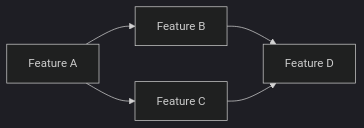
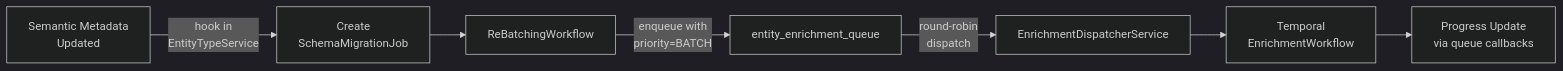
One commit to rmr-studio/riven changed the fourth of 6 diagrams in docs/system-design/feature-design/_Sub-Domain Plans/Knowledge Layer.md. Above: the diagram before and after it, drawn with Mermaid (dark theme). The commit also changed other lines of this file and 9 other files, not shown here.

````diff
--- a/docs/system-design/feature-design/_Sub-Domain Plans/Knowledge Layer.md
+++ b/docs/system-design/feature-design/_Sub-Domain Plans/Knowledge Layer.md
@@ -140,7 +174,9 @@
 ```mermaid
-graph LR
-    A[Feature A] --> B[Feature B]
-    A --> C[Feature C]
-    B --> D[Feature D]
-    C --> D
+flowchart LR
+    A[Semantic Metadata<br/>Updated] -->|hook in<br/>EntityTypeService| B[Create<br/>SchemaMigrationJob]
+    B --> C[ReBatchingWorkflow]
+    C -->|enqueue with<br/>priority=BATCH| D[entity_enrichment_queue]
+    D -->|round-robin<br/>dispatch| E[EnrichmentDispatcherService]
+    E --> F[Temporal<br/>EnrichmentWorkflow]
+    F --> G[Progress Update<br/>via queue callbacks]
 ```
````
